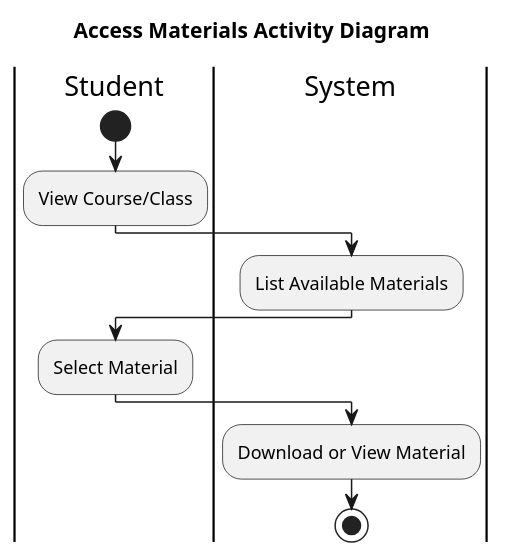
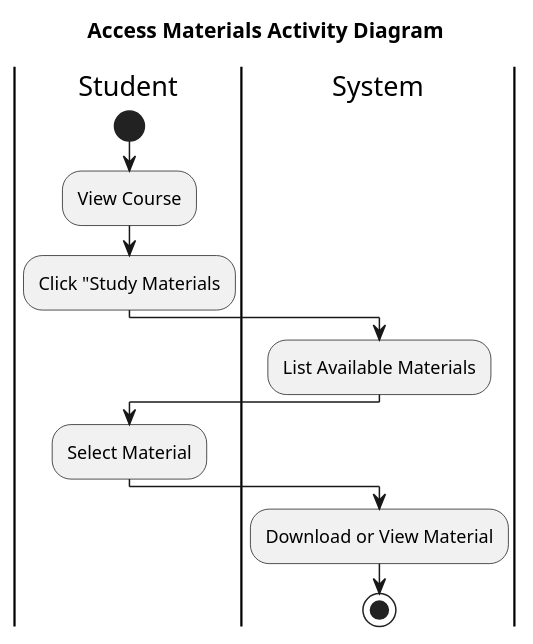
Before and after one commit to rafifgpt21-ai/jalms: the diagram in design-summary/activity-diagram/activity-diagram-student-access-materials.puml, drawn with PlantUML. The commit also changed 20 other files, not shown here.

```diff
--- a/design-summary/activity-diagram/activity-diagram-student-access-materials.puml
+++ b/design-summary/activity-diagram/activity-diagram-student-access-materials.puml
@@ -1,14 +1,15 @@
 @startuml
 title Access Materials Activity Diagram
 |Student|
 start
-:View Course/Class;
+:View Course;
+:Click "Study Materials;
 |System|
 :List Available Materials;
 |Student|
 :Select Material;
 |System|
 :Download or View Material;
 
 stop
 @enduml
```
